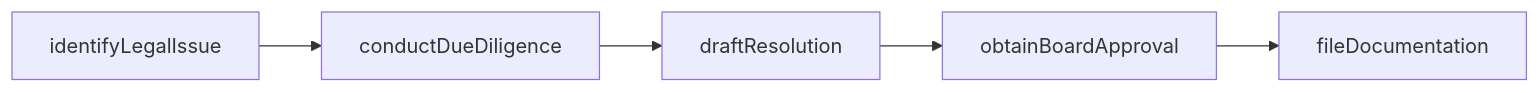
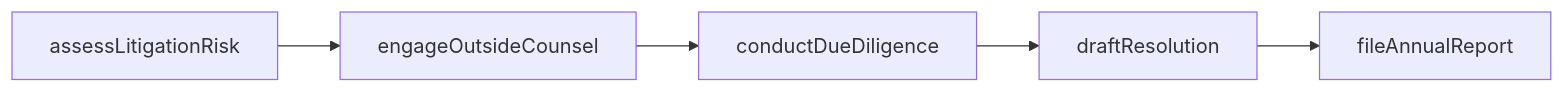
The first of 2 diagrams in LegalCompliance/CorporateLegal.mdx (dot-org-ai/departments.org.ai), drawn with Mermaid before and after one commit. The commit also changed 14 other files, not shown here.

````diff
--- a/LegalCompliance/CorporateLegal.mdx
+++ b/LegalCompliance/CorporateLegal.mdx
@@ -79,7 +79,7 @@
 ```mermaid
 graph LR
-  identifyLegalIssue --> conductDueDiligence
+  assessLitigationRisk --> engageOutsideCounsel
+  engageOutsideCounsel --> conductDueDiligence
   conductDueDiligence --> draftResolution
-  draftResolution --> obtainBoardApproval
-  obtainBoardApproval --> fileDocumentation
+  draftResolution --> fileAnnualReport
 ```
````
